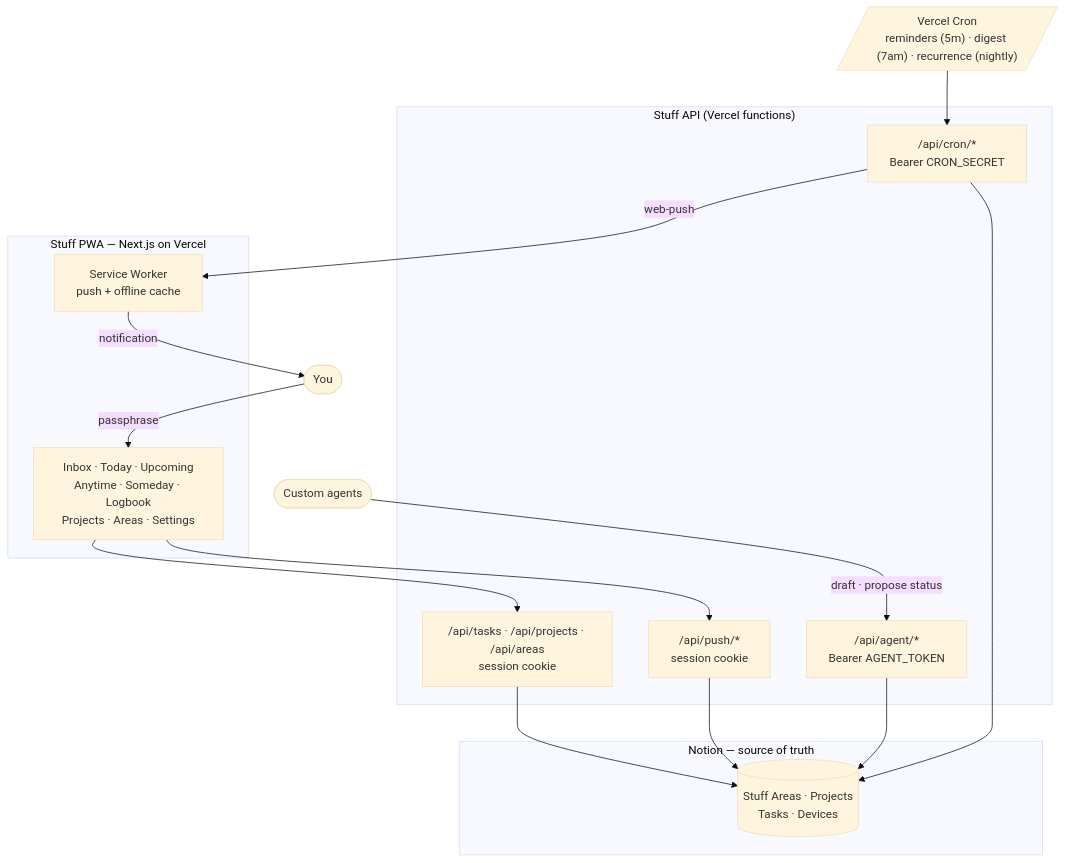
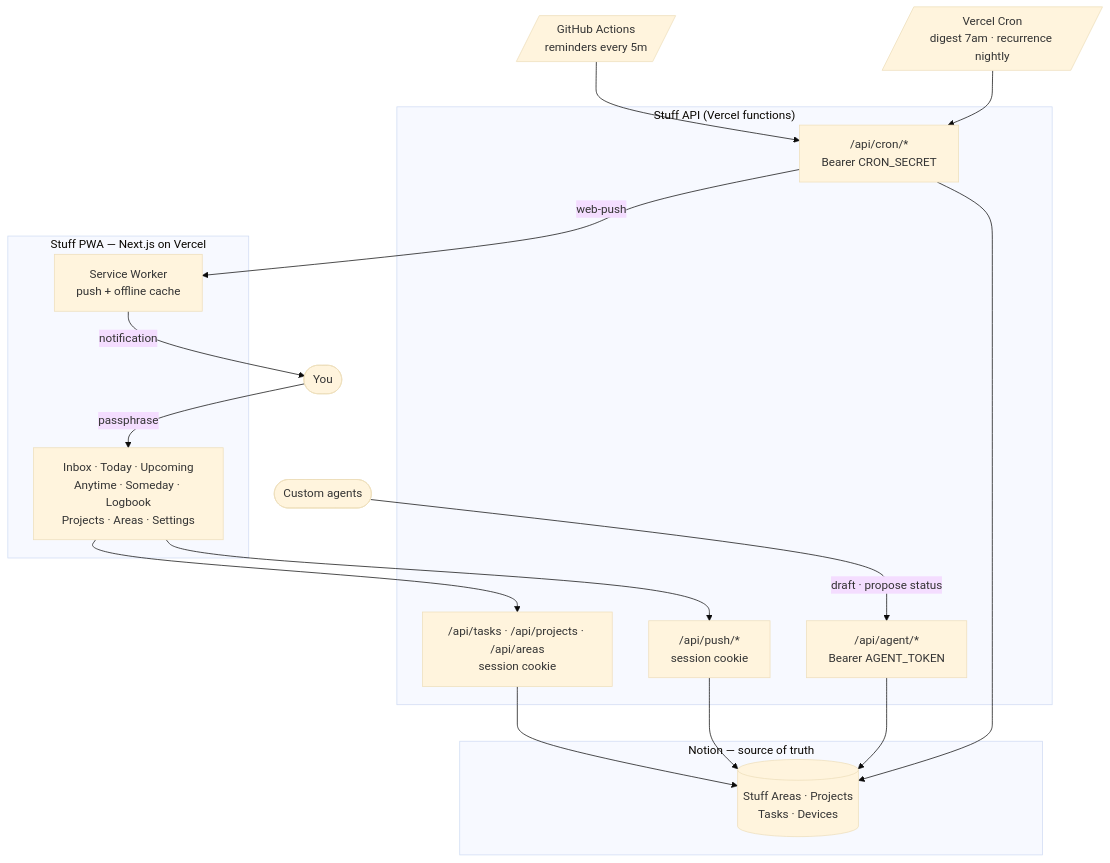
One commit to amitsankaran1/stuff changed the diagram in README.md. Above: the diagram before and after it, drawn with Mermaid (base theme). The commit also changed other lines of this file, not shown here.

Commit message:
Reflect GH-Actions / Vercel cron split in architecture diagram
Vercel Hobby caps cron at daily, so the every-5-minutes reminders
cron lives on GitHub Actions (PR #6). Update the README Mermaid
diagram to show two scheduler boxes (GHA for reminders, Vercel Cron
for digest + recurrence) and rewrite the Cron bullet accordingly.

````diff
--- a/README.md
+++ b/README.md
@@ -24,37 +24,39 @@
 ```mermaid
 flowchart TB
     You([You])
     Agents([Custom agents])
 
     subgraph PWA["Stuff PWA — Next.js on Vercel"]
         Pages["Inbox · Today · Upcoming<br/>Anytime · Someday · Logbook<br/>Projects · Areas · Settings"]
         SW["Service Worker<br/>push + offline cache"]
     end
 
     subgraph API["Stuff API (Vercel functions)"]
         UserAPI["/api/tasks · /api/projects · /api/areas<br/>session cookie"]
         PushAPI["/api/push/*<br/>session cookie"]
         AgentAPI["/api/agent/*<br/>Bearer AGENT_TOKEN"]
         CronAPI["/api/cron/*<br/>Bearer CRON_SECRET"]
     end
 
     subgraph Notion["Notion — source of truth"]
         DBs[("Stuff Areas · Projects<br/>Tasks · Devices")]
     end
 
-    Cron[/"Vercel Cron<br/>reminders (5m) · digest (7am) · recurrence (nightly)"/]
+    GHA[/"GitHub Actions<br/>reminders every 5m"/]
+    VCron[/"Vercel Cron<br/>digest 7am · recurrence nightly"/]
 
     You -->|passphrase| Pages
     Pages --> UserAPI
     Pages --> PushAPI
     UserAPI --> DBs
     PushAPI --> DBs
 
     Agents -->|draft · propose status| AgentAPI
     AgentAPI --> DBs
 
-    Cron --> CronAPI
+    GHA --> CronAPI
+    VCron --> CronAPI
     CronAPI --> DBs
     CronAPI -->|web-push| SW
     SW -->|notification| You
 ```
````
